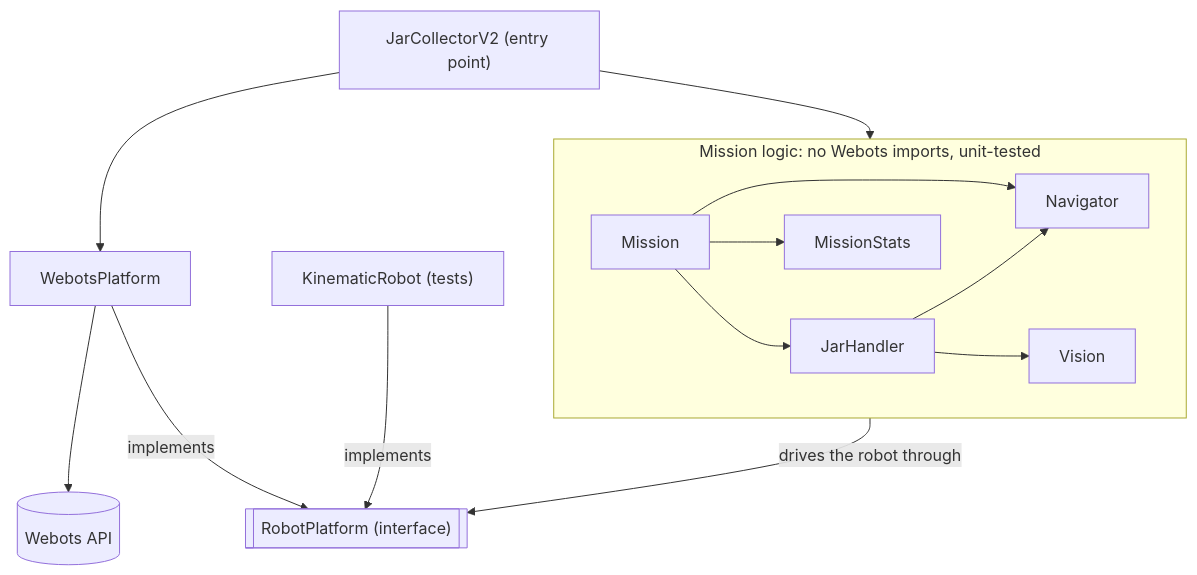
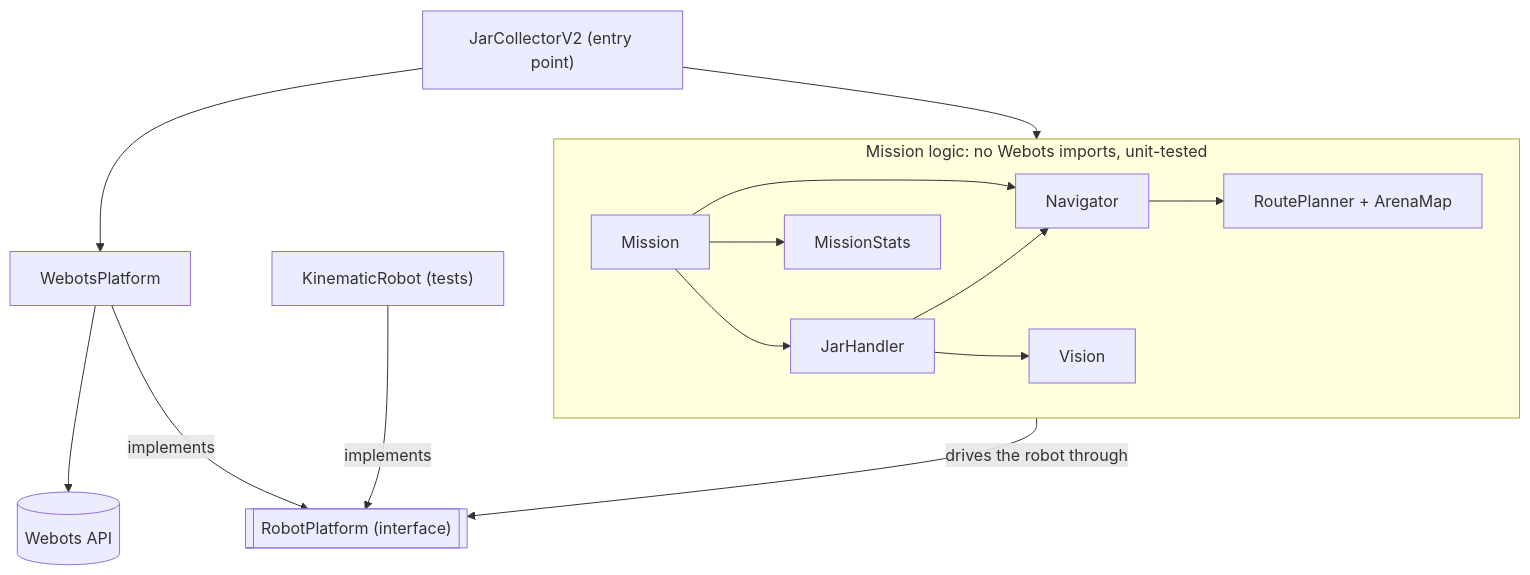
The second of 2 diagrams in README.md (morganwhite13/Autonomous-Robot-Jar-Collection-System), drawn with Mermaid before and after one commit. The commit also changed other lines of this file and 7 other files, not shown here.

````diff
--- a/README.md
+++ b/README.md
@@ -145,16 +169,17 @@
 ```mermaid
 flowchart TB
     Main["JarCollectorV2 (entry point)"] --> Logic
     Main --> WP
     subgraph Logic ["Mission logic: no Webots imports, unit-tested"]
         Mission --> JarHandler
         Mission --> Navigator
         Mission --> Stats[MissionStats]
         JarHandler --> Navigator
         JarHandler --> Vision
+        Navigator --> Planner["RoutePlanner + ArenaMap"]
     end
     Logic -- "drives the robot through" --> RP[["RobotPlatform (interface)"]]
     WP[WebotsPlatform] -- implements --> RP
     KR["KinematicRobot (tests)"] -- implements --> RP
     WP --> API[(Webots API)]
 ```
````
